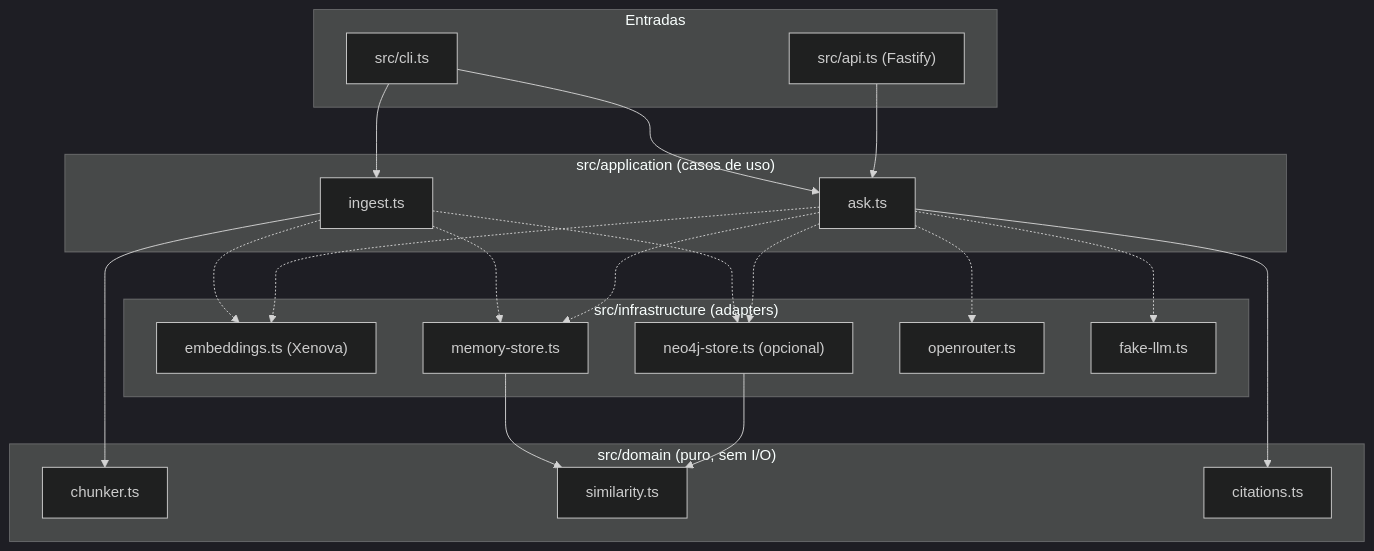
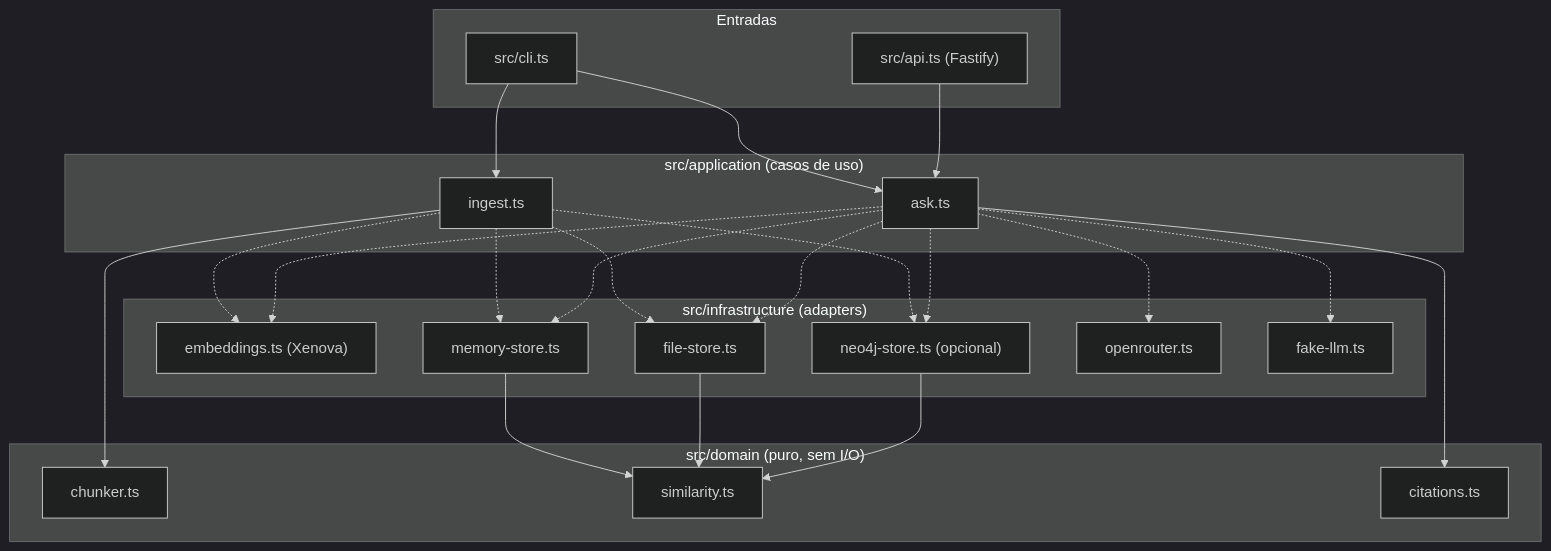
One commit to Mouraovicente/pergunte-ao-estatuto changed the diagram in README.md. Above: the diagram before and after it, drawn with Mermaid (dark theme). The commit also changed other lines of this file, not shown here.

````diff
--- a/README.md
+++ b/README.md
@@ -31,45 +32,49 @@
 ```mermaid
 flowchart TB
     subgraph Entradas
         CLI["src/cli.ts"]
         API["src/api.ts (Fastify)"]
     end
 
     subgraph Application["src/application (casos de uso)"]
         Ingest["ingest.ts"]
         Ask["ask.ts"]
     end
 
     subgraph Domain["src/domain (puro, sem I/O)"]
         Chunker["chunker.ts"]
         Similarity["similarity.ts"]
         Citations["citations.ts"]
     end
 
     subgraph Infra["src/infrastructure (adapters)"]
         Embeddings["embeddings.ts (Xenova)"]
         MemStore["memory-store.ts"]
+        FileStore["file-store.ts"]
         Neo4jStore["neo4j-store.ts (opcional)"]
         OpenRouter["openrouter.ts"]
         FakeLLM["fake-llm.ts"]
     end
 
     CLI --> Ingest
     CLI --> Ask
     API --> Ask
 
     Ingest --> Chunker
     Ingest -.-> Embeddings
     Ingest -.-> MemStore
+    Ingest -.-> FileStore
     Ingest -.-> Neo4jStore
 
     Ask -.-> Embeddings
     Ask -.-> MemStore
+    Ask -.-> FileStore
     Ask -.-> Neo4jStore
     Ask --> Citations
     Ask -.-> OpenRouter
     Ask -.-> FakeLLM
 
     MemStore --> Similarity
+    FileStore --> Similarity
     Neo4jStore --> Similarity
 ```
````
